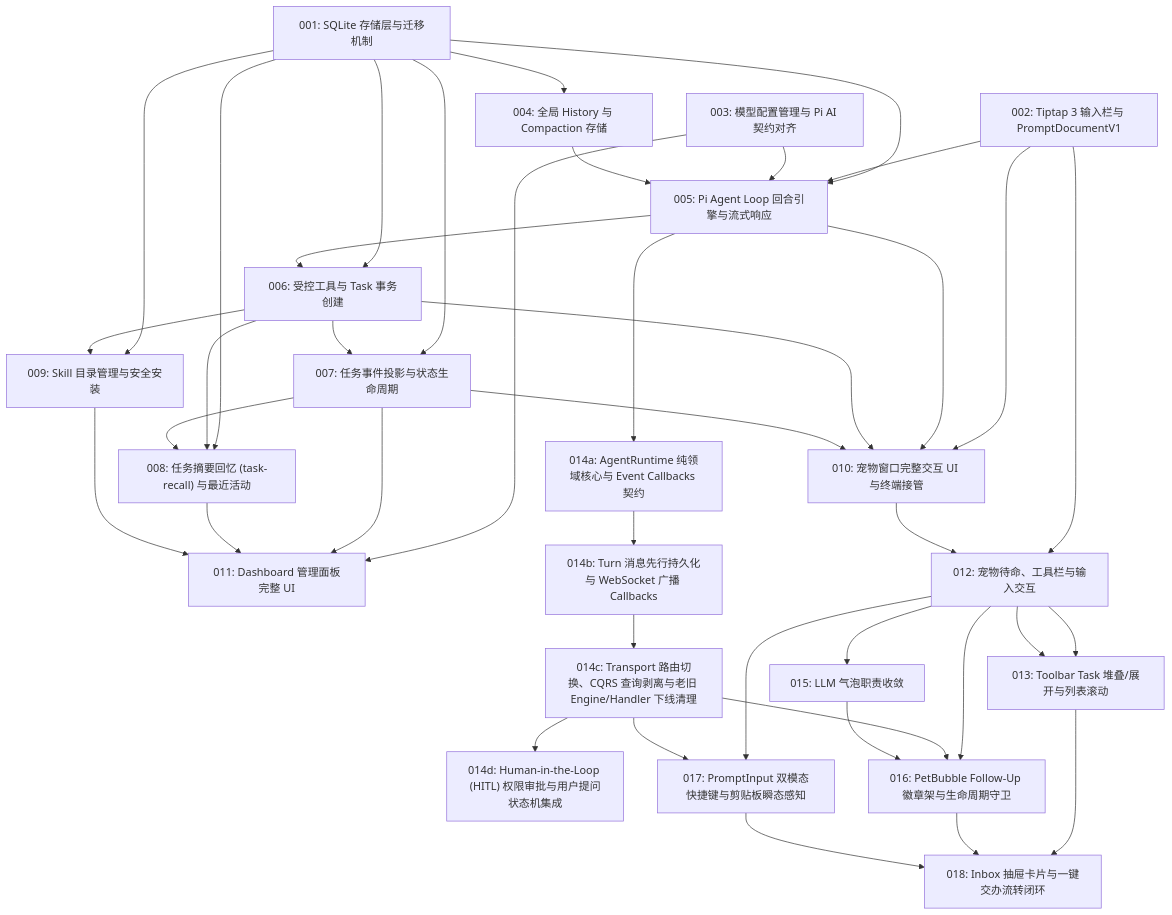
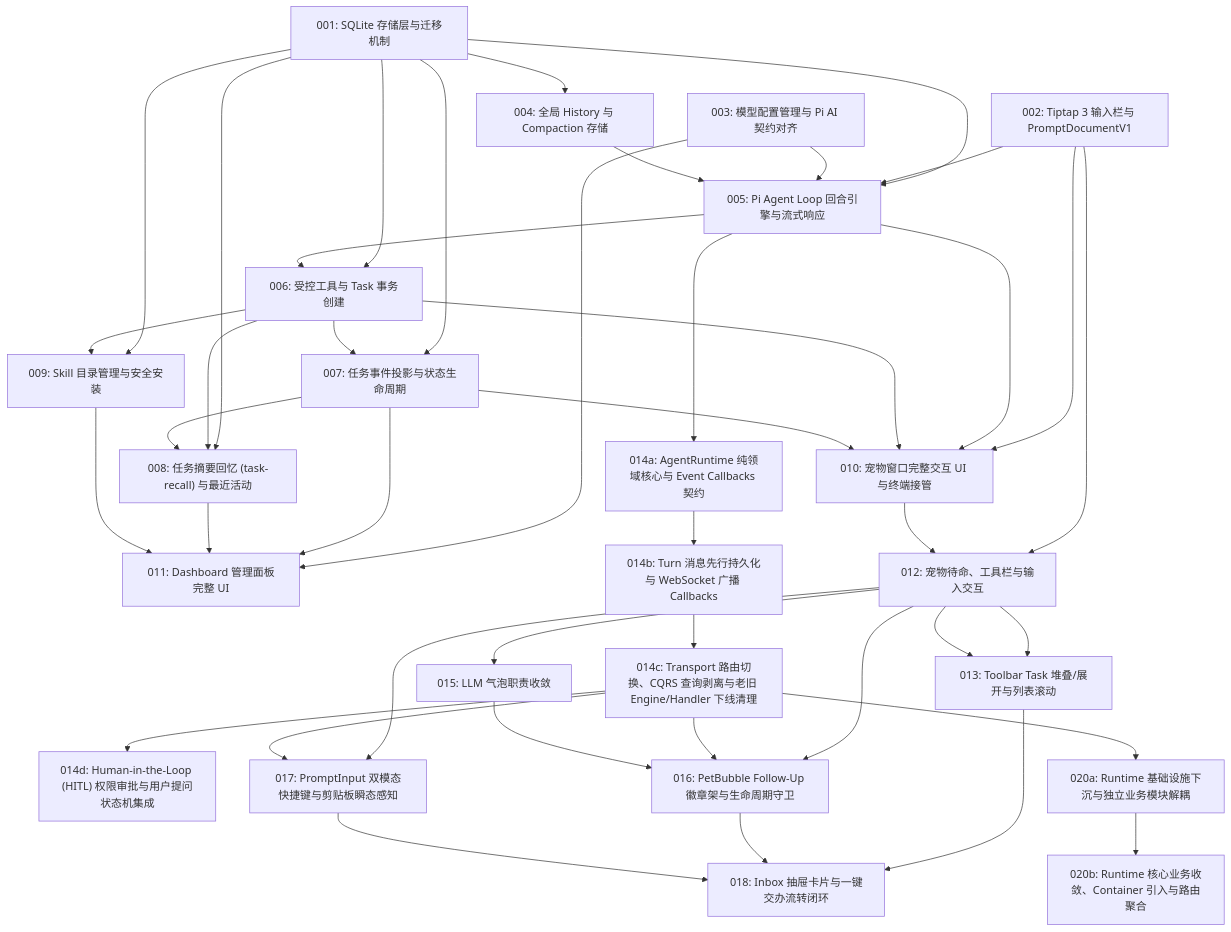
Before and after one commit to edisonLzy/Rover: the diagram in docs/tickets/m2/README.md, drawn with Mermaid. The commit also changed other lines of this file and 4 other files, not shown here.

````diff
--- a/docs/tickets/m2/README.md
+++ b/docs/tickets/m2/README.md
@@ -86,4 +86,9 @@
   T013 --> T018
   T016 --> T018
   T017 --> T018
+
+  T020a["020a: Runtime 基础设施下沉与独立业务模块解耦"]
+  T014c --> T020a
+  T020b["020b: Runtime 核心业务收敛、Container 引入与路由聚合"]
+  T020a --> T020b
 ```
````
